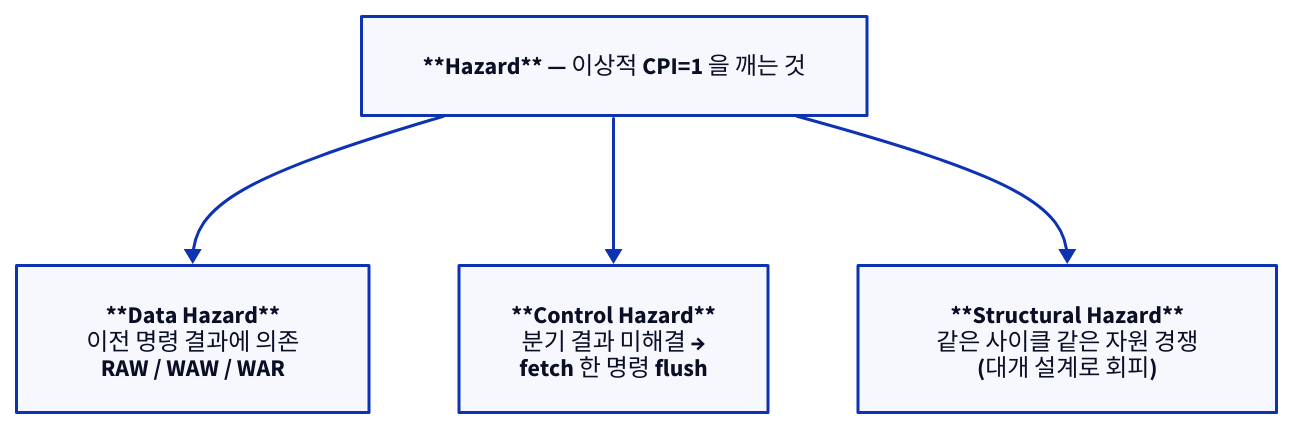
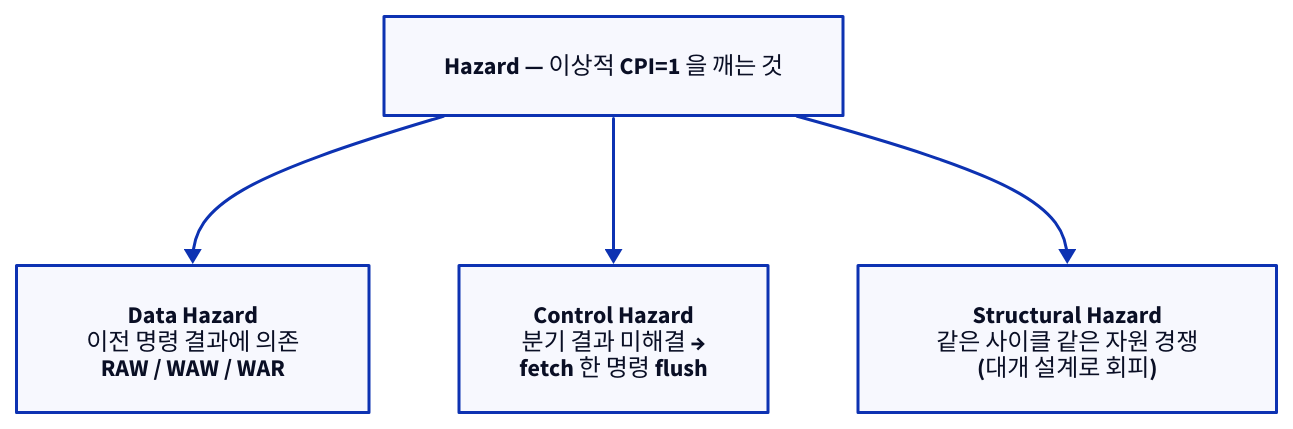
The third of 3 diagrams in starlight_site/src/content/docs/computer_architecture/06_pipeline_hazard.md (humbleowl39/DV_SKOOL), drawn with D2 before and after one commit. The commit also changed other lines of this file and 714 other files, not shown here.

First line of the commit message:
fix(site): d2 다이어그램 가독성 결함 6종 일괄 수정

````diff
--- a/starlight_site/src/content/docs/computer_architecture/06_pipeline_hazard.md
+++ b/starlight_site/src/content/docs/computer_architecture/06_pipeline_hazard.md
@@ -113,12 +113,12 @@
 ```d2
 direction: down
 
-H: "**Hazard** — 이상적 CPI=1 을 깨는 것"
-D: "**Data Hazard**\n이전 명령 결과에 의존\nRAW / WAW / WAR"
-C: "**Control Hazard**\n분기 결과 미해결 →\nfetch 한 명령 flush"
-S: "**Structural Hazard**\n같은 사이클 같은 자원 경쟁\n(대개 설계로 회피)"
+H: "Hazard — 이상적 CPI=1 을 깨는 것"
+D: "Data Hazard\n이전 명령 결과에 의존\nRAW / WAW / WAR"
+C: "Control Hazard\n분기 결과 미해결 →\nfetch 한 명령 flush"
+S: "Structural Hazard\n같은 사이클 같은 자원 경쟁\n(대개 설계로 회피)"
 
 H -> D
 H -> C
 H -> S
 ```
````
